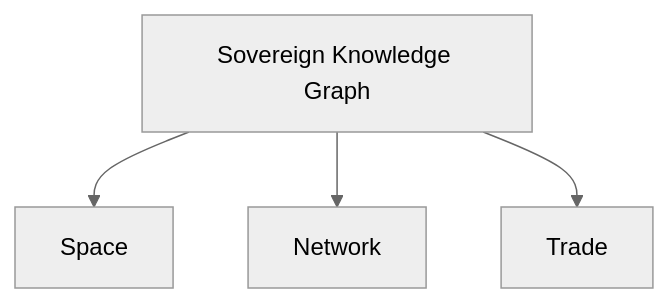
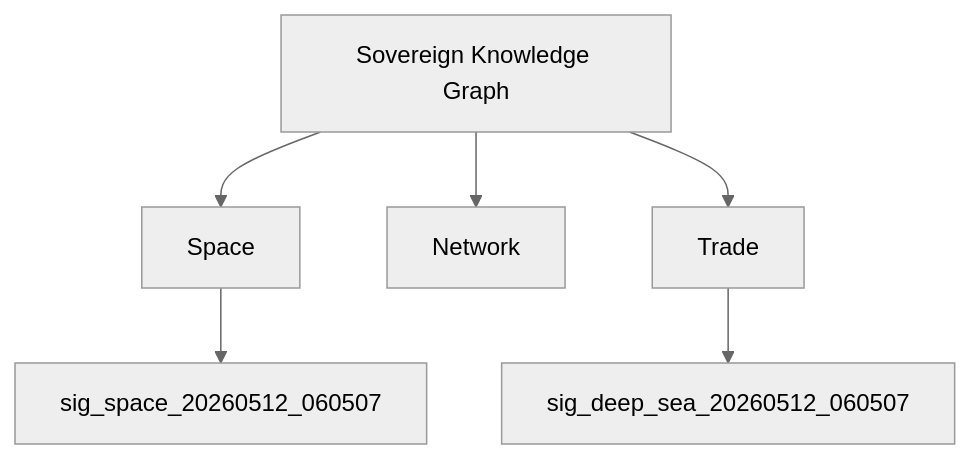
One commit to chippychris844-star/sovereign-audit-ledger changed the diagram in README.md. Above: the diagram before and after it, drawn with Mermaid (neutral theme).

Commit message:
Fix Knowledge Graph nodes

````diff
--- a/README.md
+++ b/README.md
@@ -5,6 +5,8 @@
 ```mermaid
 graph TD
   ROOT[Sovereign Knowledge Graph] --> Space
   ROOT --> Network
   ROOT --> Trade
+  Trade --> sig_deep_sea_20260512_060507
+  Space --> sig_space_20260512_060507
 ```
````
